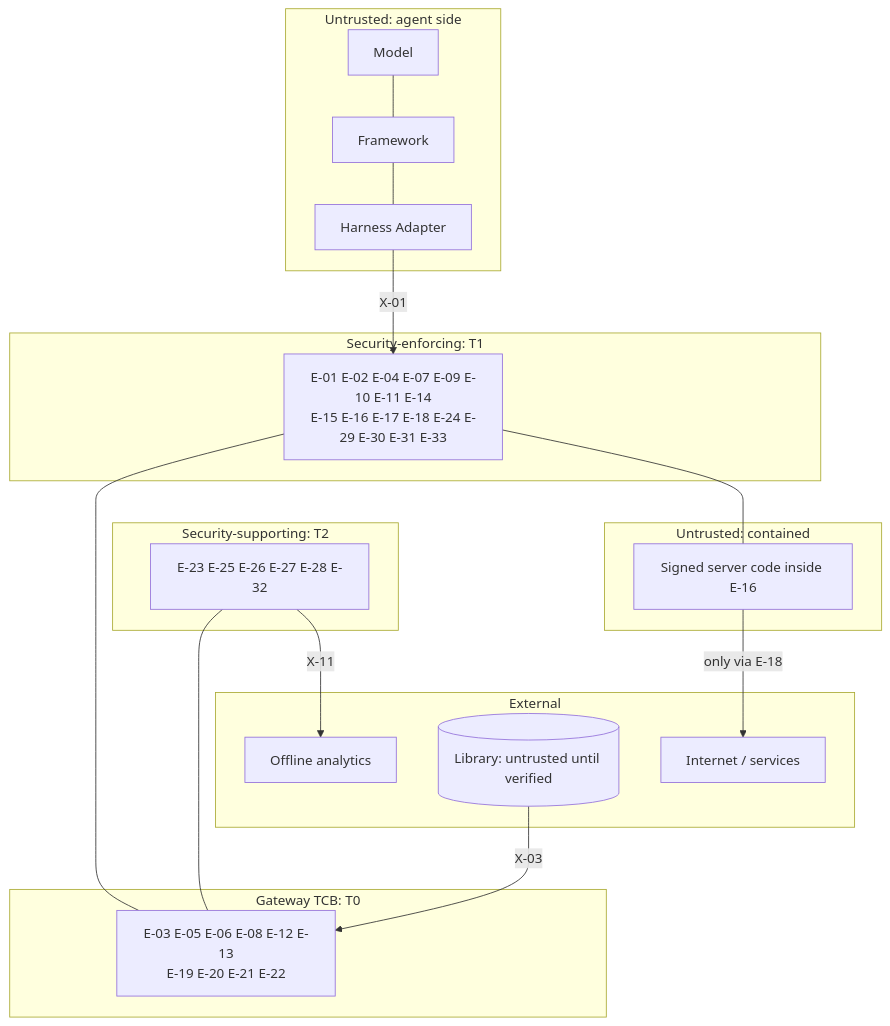
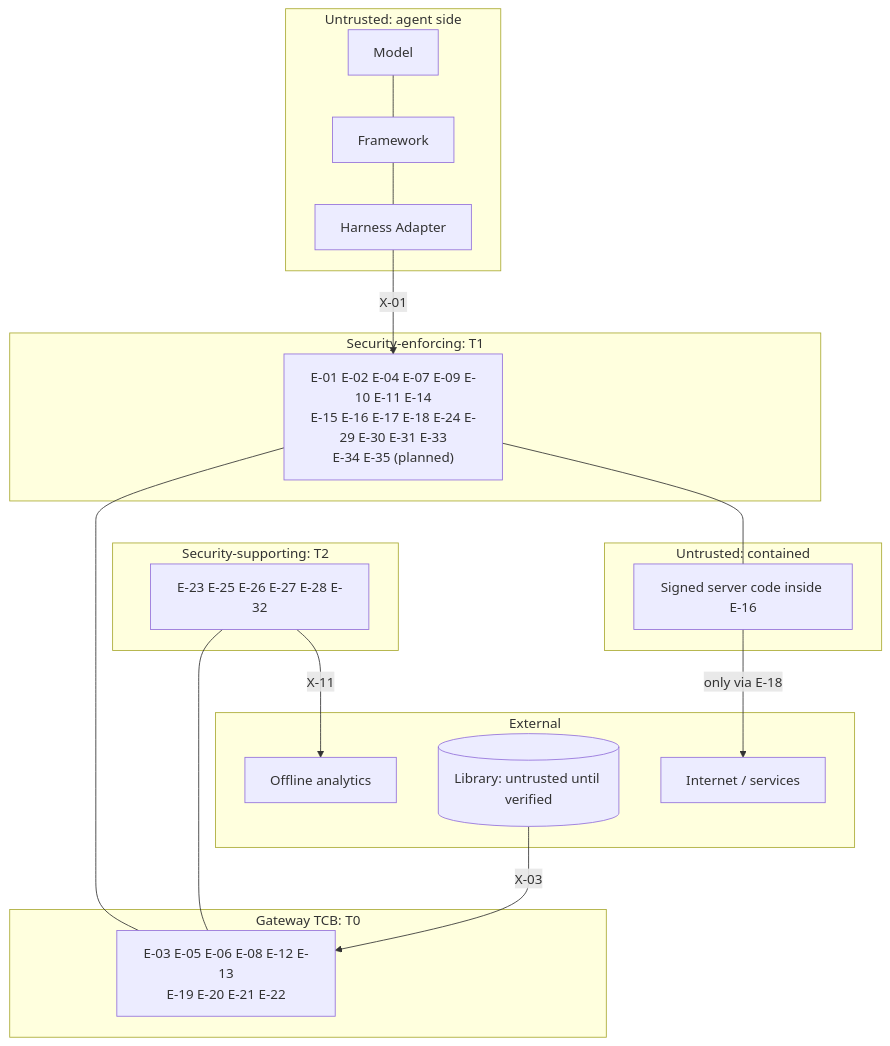
Before and after one commit to ethan03805/Secure-MCP-Gateway: diagram 13 of 19 in ArchitectureV2.md, drawn with Mermaid. The commit also changed other lines of this file and 25 other files, not shown here.

````diff
--- a/ArchitectureV2.md
+++ b/ArchitectureV2.md
@@ -1026,30 +1073,30 @@
 ```mermaid
 flowchart TB
   subgraph U1[Untrusted: agent side]
     MODEL[Model] --- AF[Framework] --- HA[Harness Adapter]
   end
   subgraph TCB[Gateway TCB: T0]
     T0N["E-03 E-05 E-06 E-08 E-12 E-13<br/>E-19 E-20 E-21 E-22"]
   end
   subgraph ENF[Security-enforcing: T1]
-    T1N["E-01 E-02 E-04 E-07 E-09 E-10 E-11 E-14<br/>E-15 E-16 E-17 E-18 E-24 E-29 E-30 E-31 E-33"]
+    T1N["E-01 E-02 E-04 E-07 E-09 E-10 E-11 E-14<br/>E-15 E-16 E-17 E-18 E-24 E-29 E-30 E-31 E-33<br/>E-34 E-35 (planned)"]
   end
   subgraph SUP[Security-supporting: T2]
     T2N["E-23 E-25 E-26 E-27 E-28 E-32"]
   end
   subgraph U2[Untrusted: contained]
     SRV[Signed server code inside E-16]
   end
   subgraph EXT[External]
     NET[Internet / services]
     LIB[(Library: untrusted until verified)]
     OFF[Offline analytics]
   end
   HA -- X-01 --> T1N
   T1N --- T0N
   T2N --- T0N
   T1N --- SRV
   SRV -- only via E-18 --> NET
   LIB -- X-03 --> T0N
   T2N -- X-11 --> OFF
 ```
````
